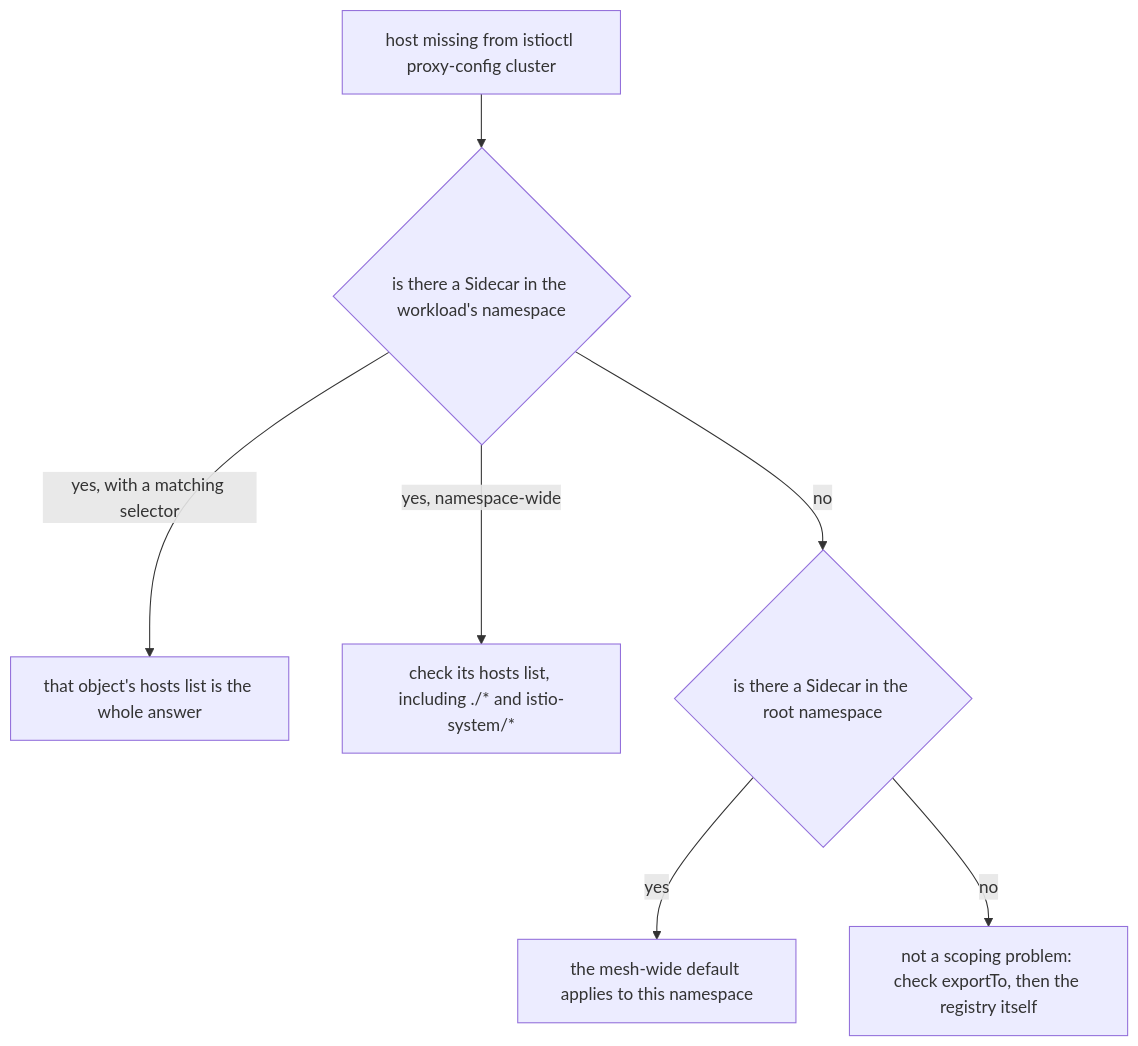
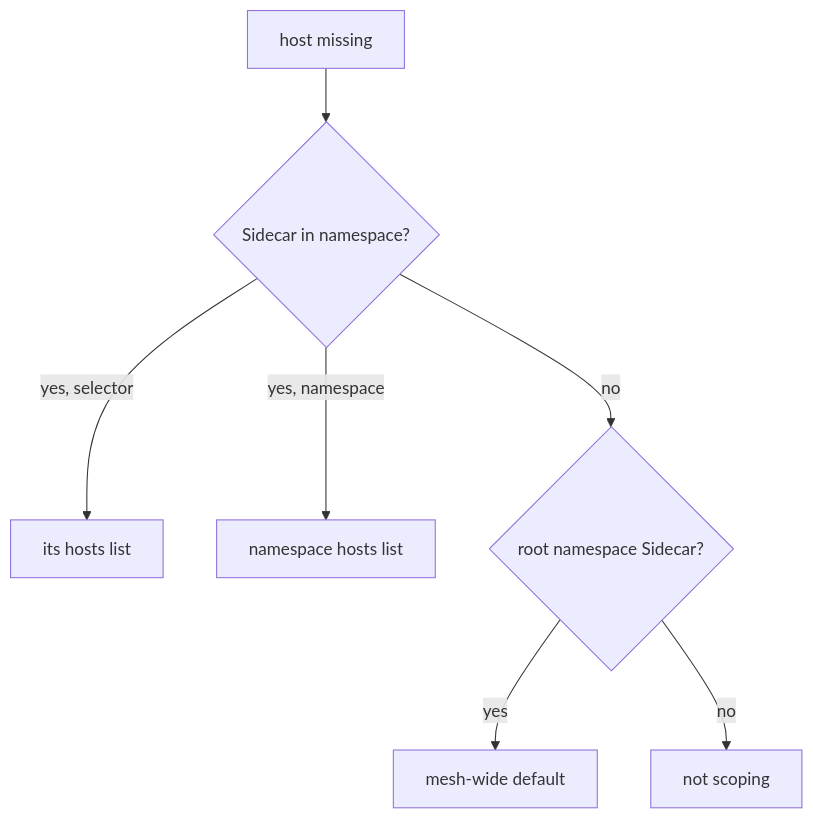
The second of 2 diagrams in sections/section-010/module-02/course-03-precedence-reachability-and-limits.md (astrona-io/ATS014), drawn with Mermaid before and after one commit. The commit also changed other lines of this file and 444 other files, not shown here.

````diff
--- a/sections/section-010/module-02/course-03-precedence-reachability-and-limits.md
+++ b/sections/section-010/module-02/course-03-precedence-reachability-and-limits.md
@@ -154,9 +152,9 @@
 ```mermaid
-flowchart TD
-    A["host missing from istioctl proxy-config cluster"] --> B{"is there a Sidecar in the workload's namespace"}
-    B -->|"yes, with a matching selector"| C["that object's hosts list is the whole answer"]
-    B -->|"yes, namespace-wide"| D["check its hosts list, including ./* and istio-system/*"]
-    B -->|"no"| E{"is there a Sidecar in the root namespace"}
-    E -->|"yes"| F["the mesh-wide default applies to this namespace"]
-    E -->|"no"| G["not a scoping problem: check exportTo, then the registry itself"]
+flowchart TB
+    A["host missing"] --> B{"Sidecar in namespace?"}
+    B -->|"yes, selector"| C["its hosts list"]
+    B -->|"yes, namespace"| D["namespace hosts list"]
+    B -->|"no"| E{"root namespace Sidecar?"}
+    E -->|"yes"| F["mesh-wide default"]
+    E -->|"no"| G["not scoping"]
 ```
````
